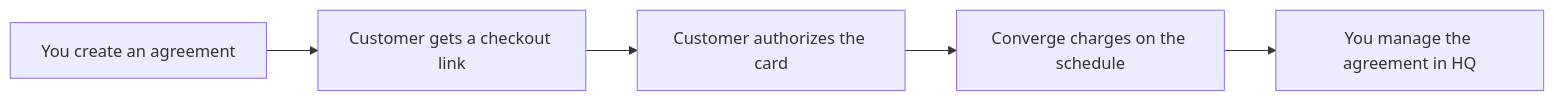
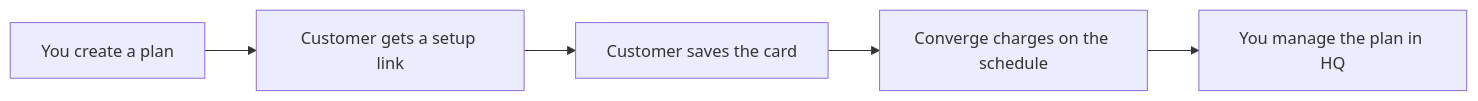
Before and after one commit to Taliup/docs: the diagram in taliup-hq/features/recurring-payments.mdx, drawn with Mermaid. The commit also changed other lines of this file and 118 other files, not shown here.

````diff
--- a/taliup-hq/features/recurring-payments.mdx
+++ b/taliup-hq/features/recurring-payments.mdx
@@ -38,10 +42,10 @@
 ```mermaid
 flowchart LR
-  create["You create an agreement"]
-  invite["Customer gets a checkout link"]
-  enroll["Customer authorizes the card"]
+  create["You create a plan"]
+  invite["Customer gets a setup link"]
+  enroll["Customer saves the card"]
   bill["Converge charges on the schedule"]
-  manage["You manage the agreement in HQ"]
+  manage["You manage the plan in HQ"]
 
   create --> invite --> enroll --> bill --> manage
 ```
````
